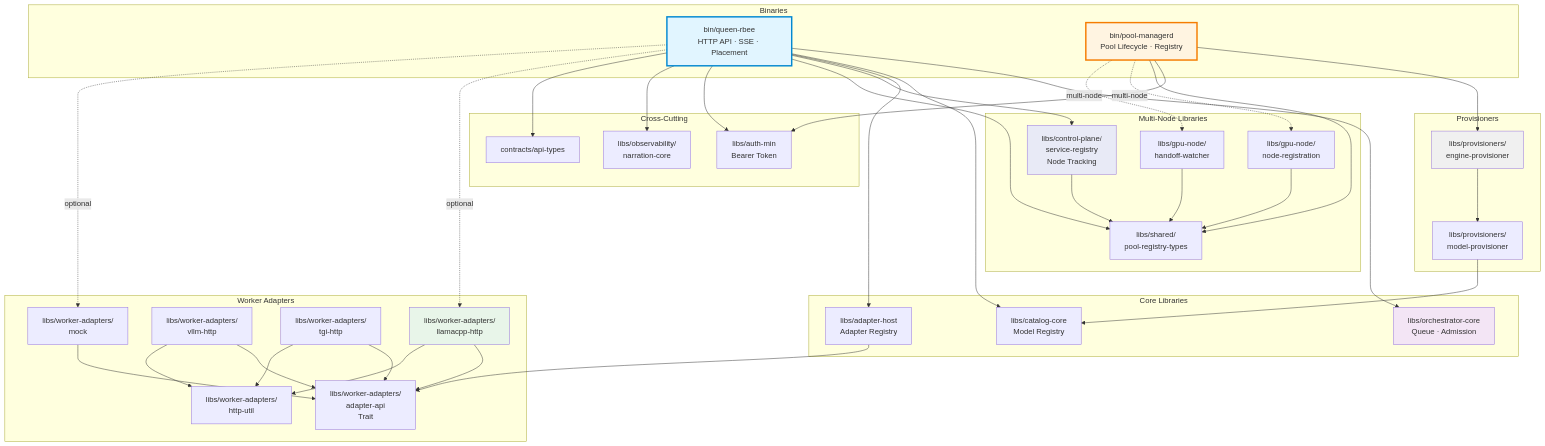
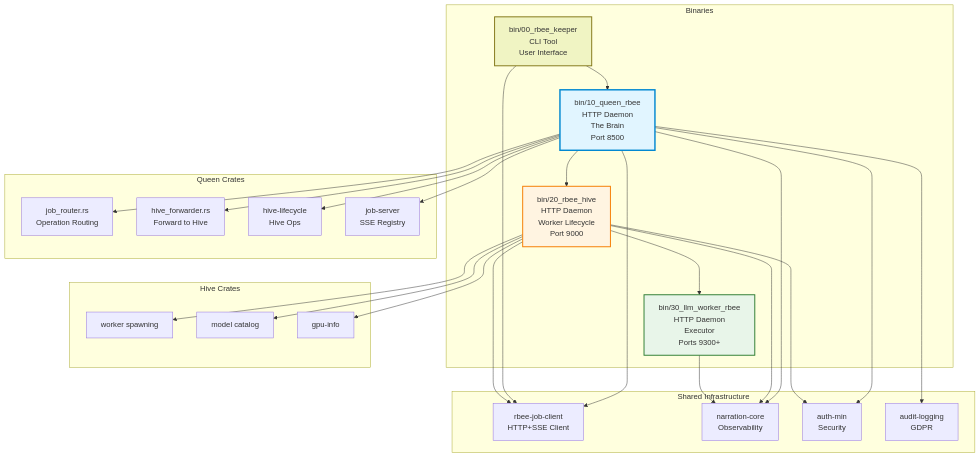
The fourth of 5 diagrams in README.md (veighnsche/llama-orch), drawn with Mermaid before and after one commit. The commit also changed other lines of this file and 4 other files, not shown here.

Commit message:
docs: add direct-to-worker architecture and UI designs for management dashboard

````diff
--- a/README.md
+++ b/README.md
@@ -597,75 +746,61 @@
 ```mermaid
 graph TB
     subgraph "Binaries"
-        ORCHD[bin/queen-rbee<br/>HTTP API · SSE · Placement]
-        POOLD[bin/pool-managerd<br/>Pool Lifecycle · Registry]
+        Keeper[bin/00_rbee_keeper<br/>CLI Tool<br/>User Interface]
+        Queen[bin/10_queen_rbee<br/>HTTP Daemon<br/>The Brain<br/>Port 8500]
+        Hive[bin/20_rbee_hive<br/>HTTP Daemon<br/>Worker Lifecycle<br/>Port 9000]
+        Worker[bin/30_llm_worker_rbee<br/>HTTP Daemon<br/>Executor<br/>Ports 9300+]
     end
-    subgraph "Core Libraries"
-        ORCHCORE[libs/orchestrator-core<br/>Queue · Admission]
-        CATALOG[libs/catalog-core<br/>Model Registry]
-        ADHOST[libs/adapter-host<br/>Adapter Registry]
+    
+    subgraph "Queen Crates"
+        JobRouter[job_router.rs<br/>Operation Routing]
+        HiveForwarder[hive_forwarder.rs<br/>Forward to Hive]
+        HiveLifecycle[hive-lifecycle<br/>Hive Ops]
+        JobServer[job-server<br/>SSE Registry]
     end
-    subgraph "Multi-Node Libraries"
-        SREG[libs/control-plane/<br/>service-registry<br/>Node Tracking]
-        NODEREG[libs/gpu-node/<br/>node-registration]
-        HANDOFF[libs/gpu-node/<br/>handoff-watcher]
-        POOLTYPES[libs/shared/<br/>pool-registry-types]
+    
+    subgraph "Hive Crates"
+        WorkerSpawn[worker spawning]
+        ModelCatalog[model catalog]
+        DeviceDetect[gpu-info]
     end
-    subgraph "Worker Adapters"
-        ADAPIAPI[libs/worker-adapters/<br/>adapter-api<br/>Trait]
-        LLAMA[libs/worker-adapters/<br/>llamacpp-http]
-        VLLM[libs/worker-adapters/<br/>vllm-http]
-        TGI[libs/worker-adapters/<br/>tgi-http]
-        MOCK[libs/worker-adapters/<br/>mock]
-        HTTPUTIL[libs/worker-adapters/<br/>http-util]
+    
+    subgraph "Shared Infrastructure"
+        JobClient[rbee-job-client<br/>HTTP+SSE Client]
+        Narration[narration-core<br/>Observability]
+        AuthMin[auth-min<br/>Security]
+        AuditLog[audit-logging<br/>GDPR]
     end
-    subgraph "Provisioners"
-        ENGPROV[libs/provisioners/<br/>engine-provisioner]
-        MODPROV[libs/provisioners/<br/>model-provisioner]
-    end
-    subgraph "Cross-Cutting"
-        AUTH[libs/auth-min<br/>Bearer Token]
-        NARR[libs/observability/<br/>narration-core]
-        APITYPES[contracts/api-types]
-    end
-    %% queen-rbee dependencies
-    ORCHD --> ORCHCORE
-    ORCHD --> CATALOG
-    ORCHD --> ADHOST
-    ORCHD --> SREG
-    ORCHD --> POOLTYPES
-    ORCHD --> AUTH
-    ORCHD --> NARR
-    ORCHD --> APITYPES
-    ORCHD -.->|optional| LLAMA
-    ORCHD -.->|optional| MOCK
-    %% pool-managerd dependencies
-    POOLD --> ENGPROV
-    POOLD --> AUTH
-    POOLD --> POOLTYPES
-    POOLD -.->|multi-node| NODEREG
-    POOLD -.->|multi-node| HANDOFF
-    %% adapter-host dependencies
-    ADHOST --> ADAPIAPI
-    %% adapter implementations
-    LLAMA --> ADAPIAPI
-    LLAMA --> HTTPUTIL
-    VLLM --> ADAPIAPI
-    VLLM --> HTTPUTIL
-    TGI --> ADAPIAPI
-    TGI --> HTTPUTIL
-    MOCK --> ADAPIAPI
-    %% provisioner dependencies
-    ENGPROV --> MODPROV
-    MODPROV --> CATALOG
-    %% multi-node dependencies
-    SREG --> POOLTYPES
-    NODEREG --> POOLTYPES
-    HANDOFF --> POOLTYPES
-    style ORCHD fill:#e1f5ff,stroke:#0288d1,stroke-width:3px
-    style POOLD fill:#fff4e1,stroke:#f57c00,stroke-width:3px
-    style ORCHCORE fill:#f3e5f5
-    style SREG fill:#e8eaf6
-    style LLAMA fill:#e8f5e9
-    style ENGPROV fill:#f0f0f0
+    
+    %% Component dependencies
+    Keeper --> Queen
+    Queen --> Hive
+    Hive --> Worker
+    
+    Queen --> JobRouter
+    Queen --> HiveForwarder
+    Queen --> HiveLifecycle
+    Queen --> JobServer
+    
+    Hive --> WorkerSpawn
+    Hive --> ModelCatalog
+    Hive --> DeviceDetect
+    
+    Queen --> JobClient
+    Keeper --> JobClient
+    Hive --> JobClient
+    
+    Queen --> Narration
+    Hive --> Narration
+    Worker --> Narration
+    
+    Queen --> AuthMin
+    Hive --> AuthMin
+    
+    Queen --> AuditLog
+    
+    style Queen fill:#e1f5ff,stroke:#0288d1,stroke-width:3px
+    style Hive fill:#fff4e1,stroke:#f57c00,stroke-width:2px
+    style Worker fill:#e8f5e9,stroke:#2e7d32,stroke-width:2px
+    style Keeper fill:#f0f4c3,stroke:#827717,stroke-width:2px
 ```
````
